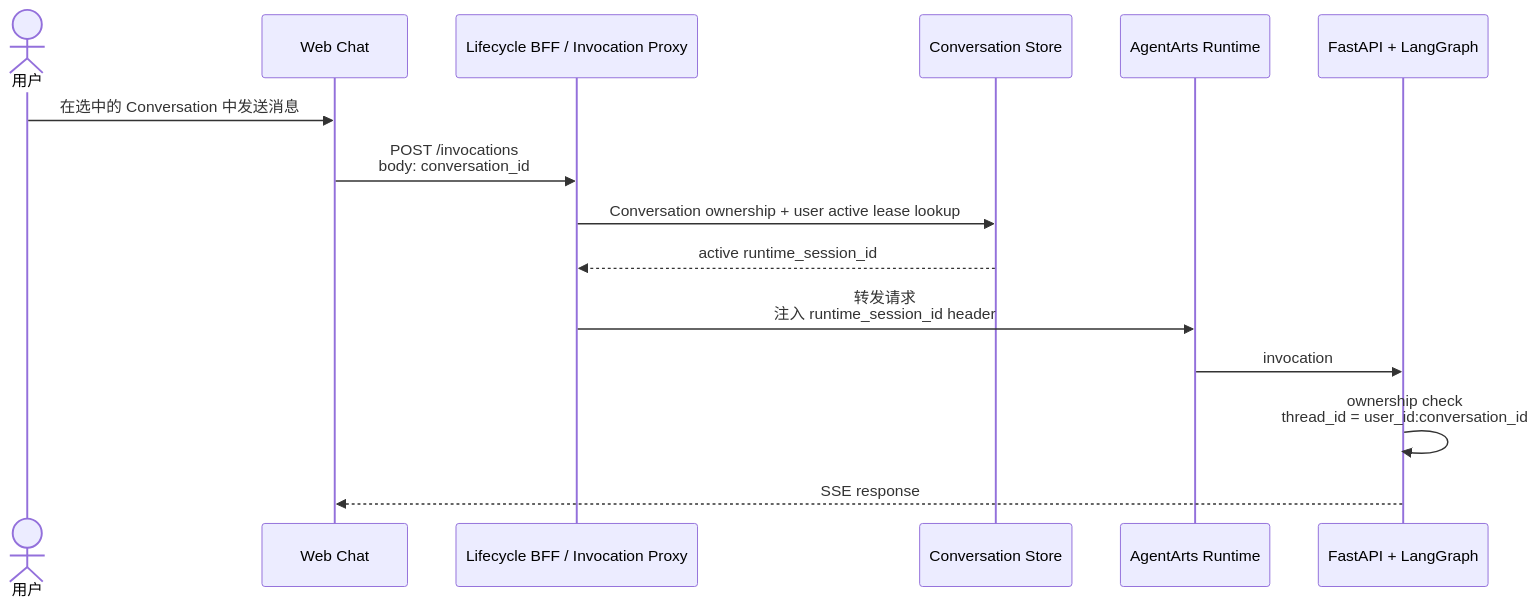
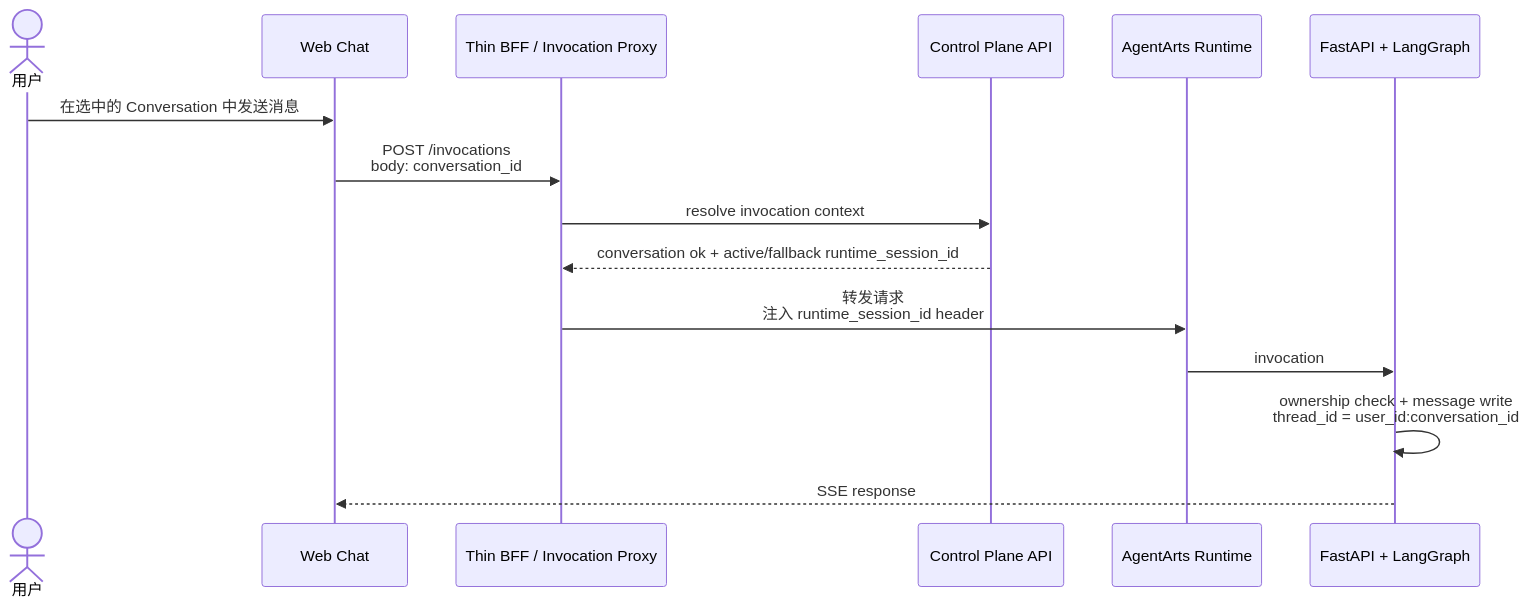
One commit to T-1009/personal-assistant changed the tenth of 10 diagrams in personal-assistant-meta/issues/features/feature-14-multi-session-runtime-prewarm/issue.md. Above: the diagram before and after it, drawn with Mermaid. The commit also changed other lines of this file and 2 other files, not shown here.

First line of the commit message:
docs: refactor feature-14 architecture to introduce Service-owned Control Plane and Thin BFF boundaries

````diff
--- a/personal-assistant-meta/issues/features/feature-14-multi-session-runtime-prewarm/issue.md
+++ b/personal-assistant-meta/issues/features/feature-14-multi-session-runtime-prewarm/issue.md
@@ -645,18 +691,18 @@
 ```mermaid
 sequenceDiagram
     actor User as 用户
     participant UI as Web Chat
-    participant BFF as Lifecycle BFF / Invocation Proxy
-    participant Store as Conversation Store
+    participant BFF as Thin BFF / Invocation Proxy
+    participant API as Control Plane API
     participant Runtime as AgentArts Runtime
     participant Agent as FastAPI + LangGraph
 
     User->>UI: 在选中的 Conversation 中发送消息
     UI->>BFF: POST /invocations<br/>body: conversation_id
-    BFF->>Store: Conversation ownership + user active lease lookup
-    Store-->>BFF: active runtime_session_id
+    BFF->>API: resolve invocation context
+    API-->>BFF: conversation ok + active/fallback runtime_session_id
     BFF->>Runtime: 转发请求<br/>注入 runtime_session_id header
     Runtime->>Agent: invocation
-    Agent->>Agent: ownership check<br/>thread_id = user_id:conversation_id
+    Agent->>Agent: ownership check + message write<br/>thread_id = user_id:conversation_id
     Agent-->>UI: SSE response
 ```
````
